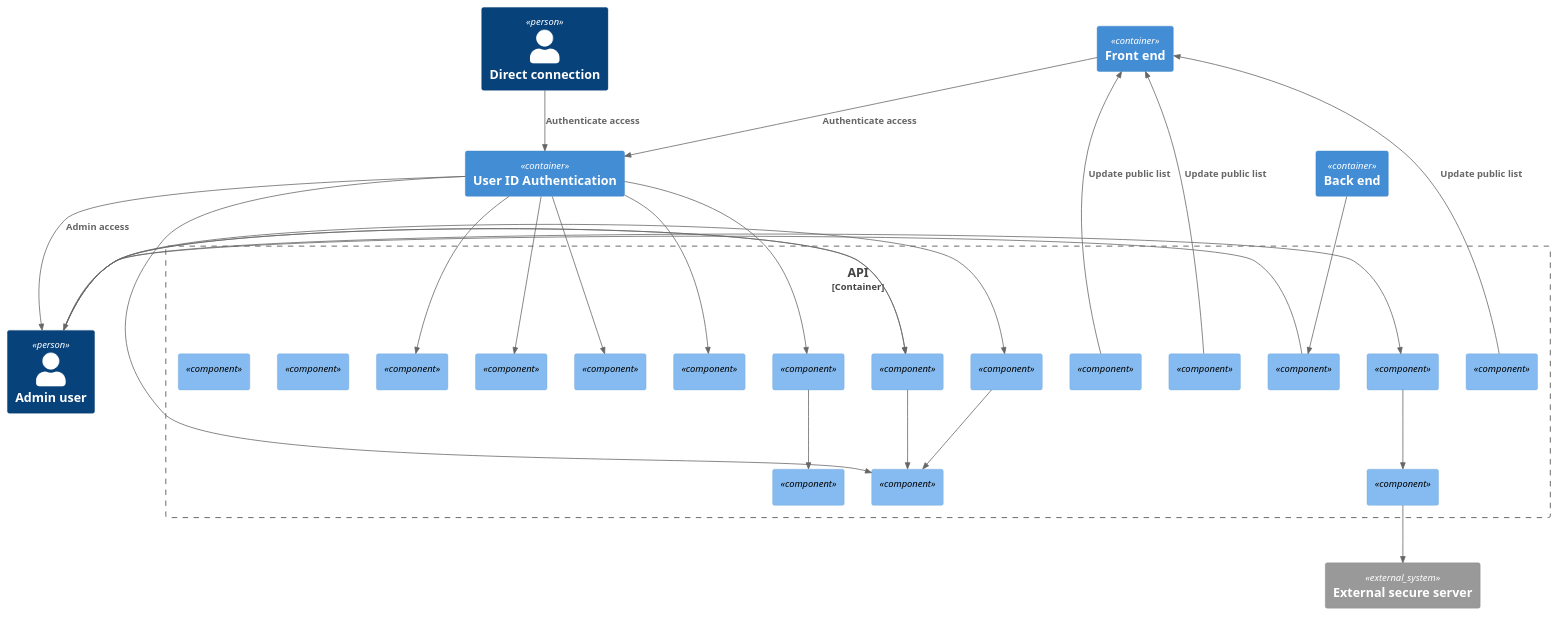
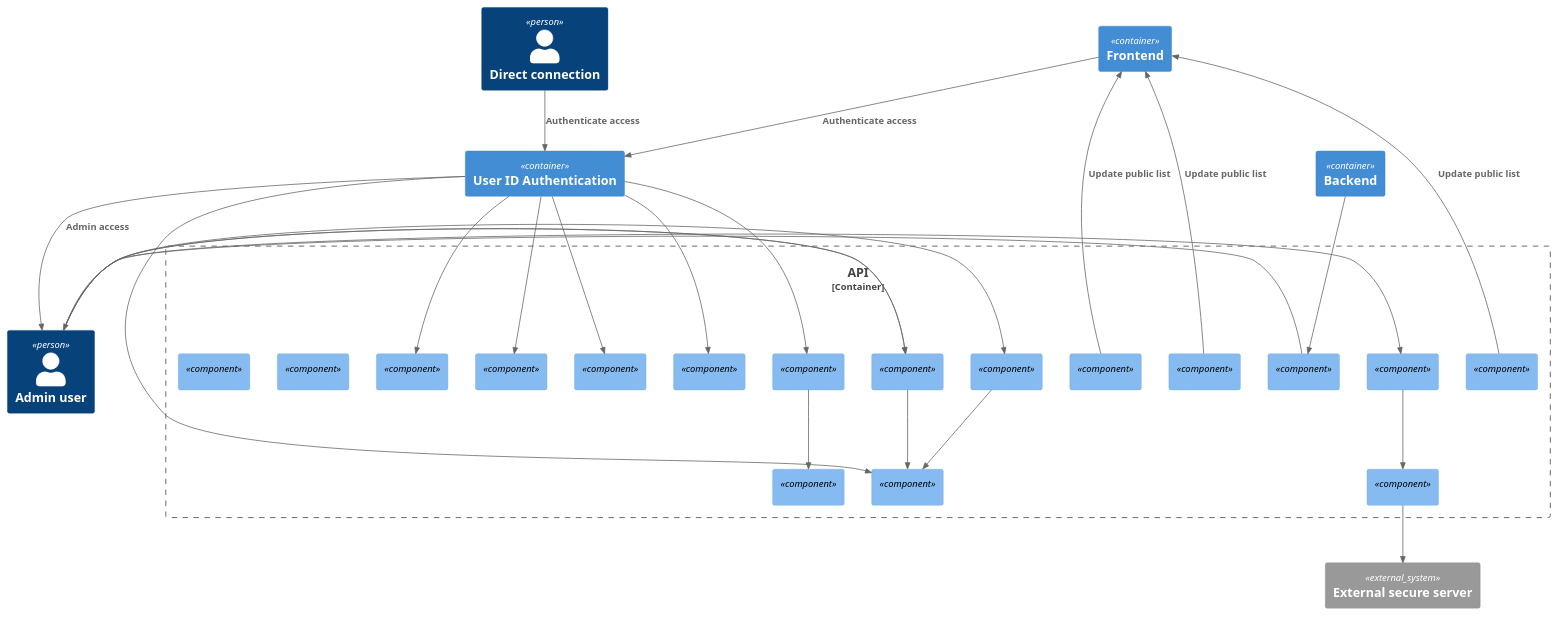
Before and after one commit to seedcase-project/seedcase-website: the diagram in design/images/component-api-and-auth.puml, drawn with PlantUML. The commit also changed 10 other files, not shown here.

Commit message:
Be consistent with backend and frontend

```diff
--- a/design/images/component-api-and-auth.puml
+++ b/design/images/component-api-and-auth.puml
@@ -1,67 +1,67 @@
 @startuml
 !includeurl https://raw.githubusercontent.com/RicardoNiepel/C4-PlantUML/master/C4_Component.puml
 
 ' C4 Component diagram for The Seedcase product - API
 
 Person(direct_access, "Direct connection")
 Person(admin, "Admin user")
-Container(frontend, "Front end")
-Container(backend, "Back end")
+Container(frontend, "Frontend")
+Container(backend, "Backend")
 Container(uia, "User ID Authentication")
 System_Ext(external_server, "External secure server")
 
 Container_Boundary(api, "API") {
   Component(post_update_project, "", "")
   Component(approve_project, "", "")
   Component(get_projects, "", "")
 
   Component(get_metadata, "", "")
   Component(post_update_metadata, "", "")
 
   Component(post_update_user, "", "")
   Component(approve_user, "", "")
   Component(assign_user_roles, "", "")
 
   Component(get_changelog, "", "")
   Component(post_update_changelog, "", "")
 
   Component(post_update_data_to_db, "", "")
   Component(post_update_data_raw, "", "")
   Component(process_data_raw_to_db, "", "")
   Component(get_data, "", "")
   Component(send_data, "", "")
 
   Component(qc_general, "", "")
   Component(qc_plugins, "", "")
 }
 
 Rel(direct_access, uia, "Authenticate access")
 Rel(uia, admin, "Admin access")
 Rel(frontend, uia, "Authenticate access")
 
 Rel(get_projects, frontend, "Update public list")
 Rel(get_metadata, frontend, "Update public list")
 Rel(get_changelog, frontend, "Update public list")
 
 Rel(admin, approve_project, "")
 Rel(admin, approve_user, "")
 Rel(admin, assign_user_roles, "")
 Rel(uia, post_update_user, "")
 Rel(approve_user, post_update_user, "")
 Rel(assign_user_roles, post_update_user, "")
 Rel(admin, assign_user_roles, "")
 Rel(backend, get_data, "")
 Rel(get_data, admin, "")
 
 Rel(approve_project, send_data, "")
 Rel(send_data, external_server, "")
 
 Rel(uia, post_update_project, "")
 Rel(uia, post_update_metadata, "")
 Rel(uia, post_update_changelog, "")
 Rel(uia, post_update_data_to_db, "")
 Rel(uia, post_update_data_raw, "")
 Rel(post_update_data_raw, process_data_raw_to_db, "")
 
 
 @enduml
```
